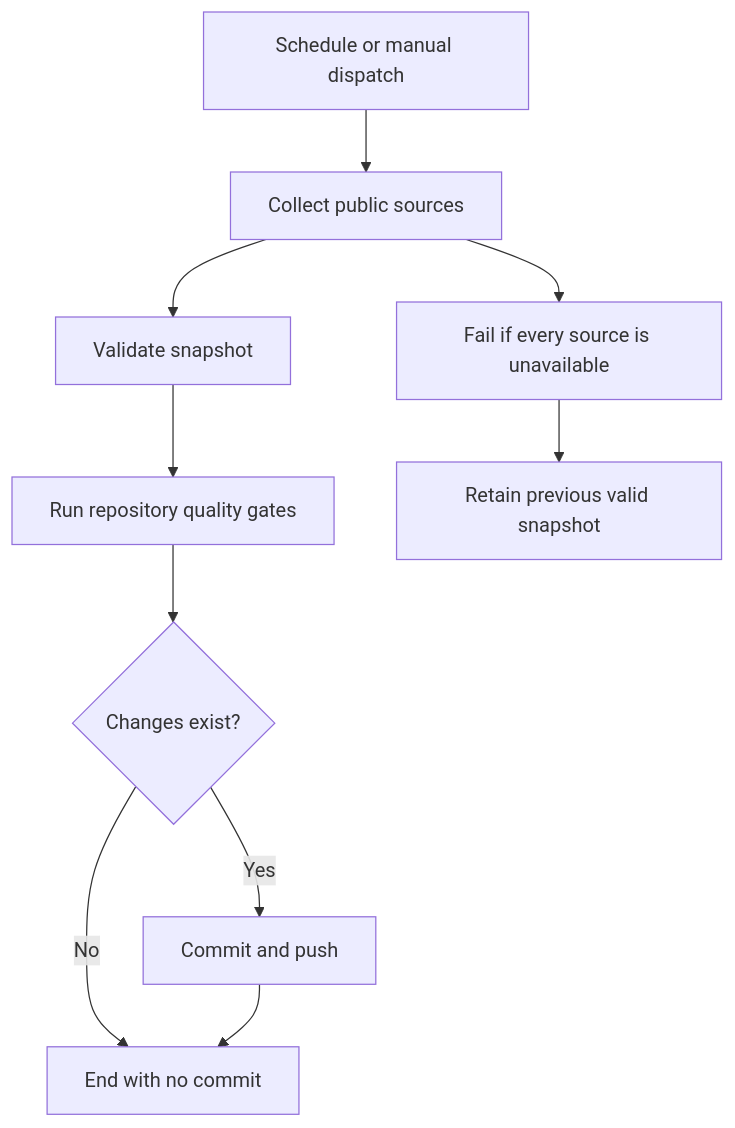
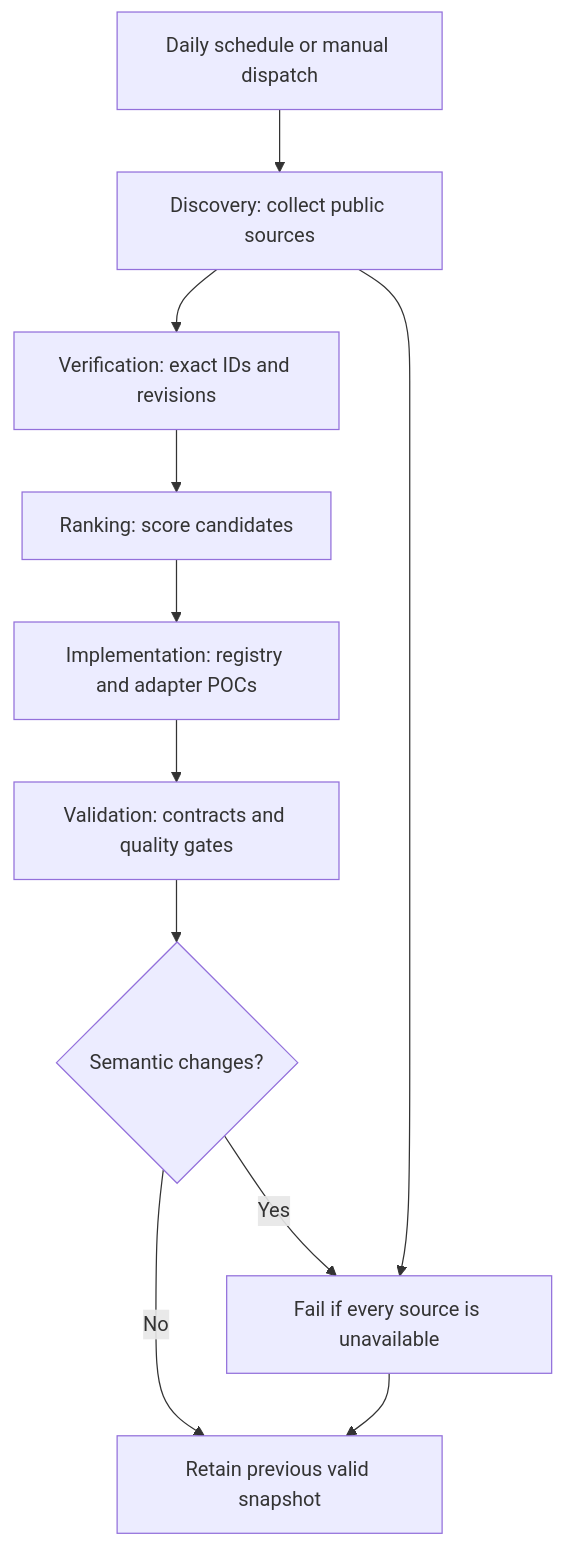
One commit to vishwak1002/ModelOrbit changed the diagram in spec/spec-process-cicd-mobile-llm-research.md. Above: the diagram before and after it, drawn with Mermaid. The commit also changed other lines of this file and 25 other files, not shown here.

````diff
--- a/spec/spec-process-cicd-mobile-llm-research.md
+++ b/spec/spec-process-cicd-mobile-llm-research.md
@@ -18,12 +18,13 @@
 ```mermaid
 graph TD
-    A[Schedule or manual dispatch] --> B[Collect public sources]
-    B --> C[Validate snapshot]
-    C --> D[Run repository quality gates]
-    D --> E{Changes exist?}
-    E -->|Yes| F[Commit and push]
-    E -->|No| G[End with no commit]
-    F --> G
+    A[Daily schedule or manual dispatch] --> B[Discovery: collect public sources]
+    B --> C[Verification: exact IDs and revisions]
+    C --> D[Ranking: score candidates]
+    D --> E[Implementation: registry and adapter POCs]
+    E --> F[Validation: contracts and quality gates]
+    F --> G{Semantic changes?}
+    G -->|Yes| H[Commit and push]
+    G -->|No| I[End with no commit]
     B --> H[Fail if every source is unavailable]
     H --> I[Retain previous valid snapshot]
 ```
````
